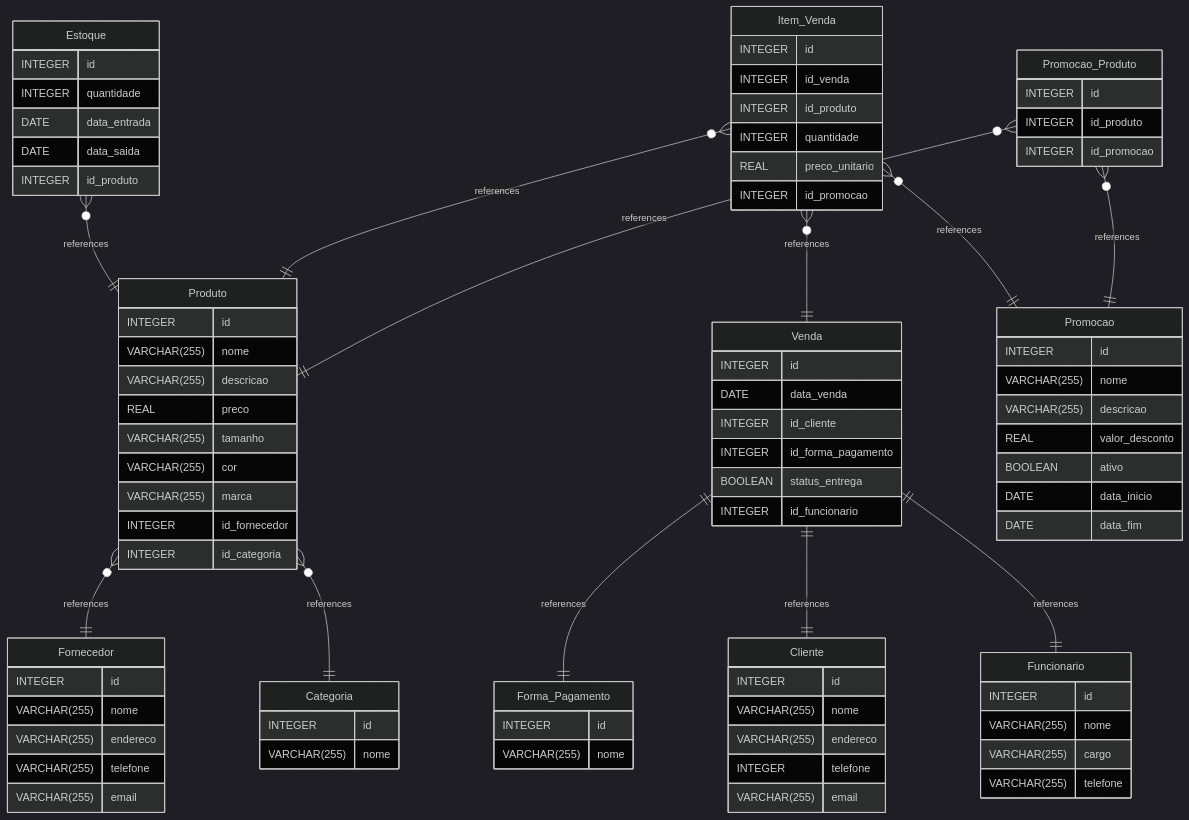
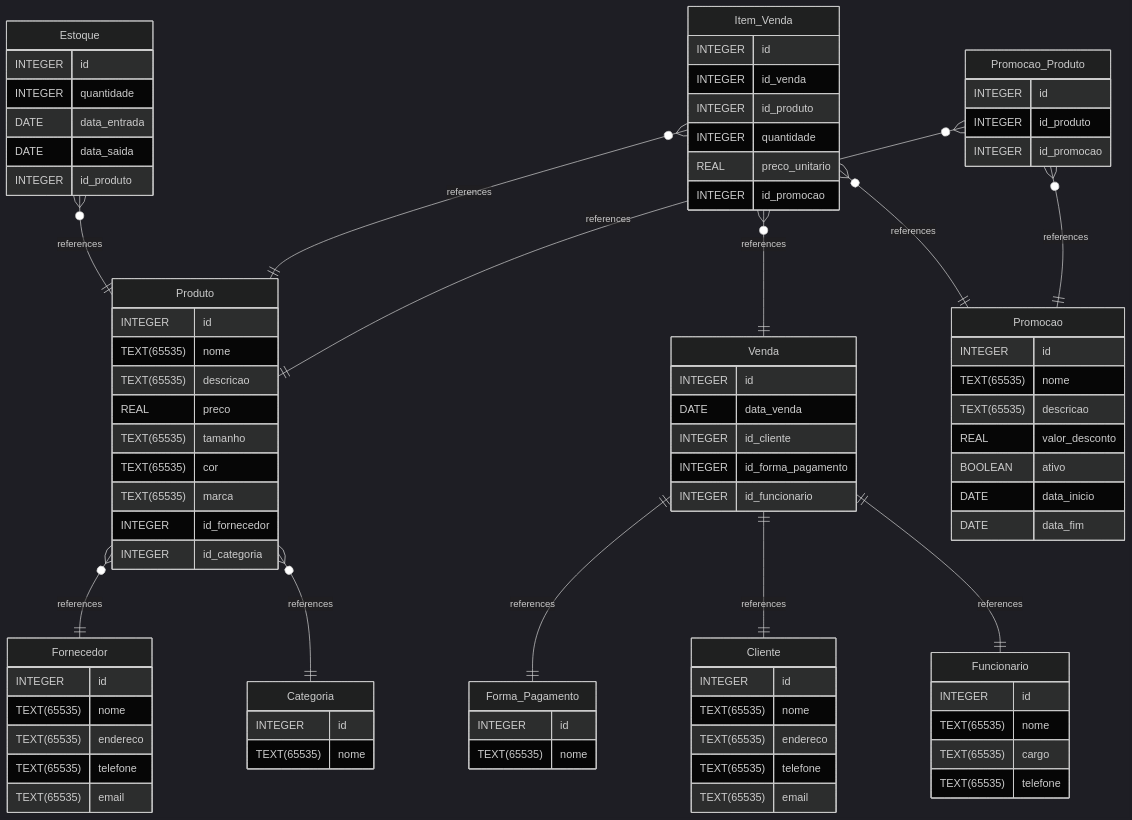
The diagram in BD_ProjetoTrio_P1/README.md (Kacaii/senac-databank-02), drawn with Mermaid (dark theme) before and after one commit.

Commit message:
update sqlite diagram

````diff
--- a/BD_ProjetoTrio_P1/README.md
+++ b/BD_ProjetoTrio_P1/README.md
@@ -83,27 +83,27 @@
 
  Produto {
   INTEGER id
-  VARCHAR(255) nome
-  VARCHAR(255) descricao
+  TEXT(65535) nome
+  TEXT(65535) descricao
   REAL preco
-  VARCHAR(255) tamanho
-  VARCHAR(255) cor
-  VARCHAR(255) marca
+  TEXT(65535) tamanho
+  TEXT(65535) cor
+  TEXT(65535) marca
   INTEGER id_fornecedor
   INTEGER id_categoria
  }
 
  Fornecedor {
   INTEGER id
-  VARCHAR(255) nome
-  VARCHAR(255) endereco
-  VARCHAR(255) telefone
-  VARCHAR(255) email
+  TEXT(65535) nome
+  TEXT(65535) endereco
+  TEXT(65535) telefone
+  TEXT(65535) email
  }
 
  Categoria {
   INTEGER id
-  VARCHAR(255) nome
+  TEXT(65535) nome
  }
 
  Estoque {
@@ -119,34 +119,33 @@
   DATE data_venda
   INTEGER id_cliente
   INTEGER id_forma_pagamento
-  BOOLEAN status_entrega
   INTEGER id_funcionario
  }
 
  Forma_Pagamento {
   INTEGER id
-  VARCHAR(255) nome
+  TEXT(65535) nome
  }
 
  Cliente {
   INTEGER id
-  VARCHAR(255) nome
-  VARCHAR(255) endereco
-  INTEGER telefone
-  VARCHAR(255) email
+  TEXT(65535) nome
+  TEXT(65535) endereco
+  TEXT(65535) telefone
+  TEXT(65535) email
  }
 
  Funcionario {
   INTEGER id
-  VARCHAR(255) nome
-  VARCHAR(255) cargo
-  VARCHAR(255) telefone
+  TEXT(65535) nome
+  TEXT(65535) cargo
+  TEXT(65535) telefone
  }
 
  Promocao {
   INTEGER id
-  VARCHAR(255) nome
-  VARCHAR(255) descricao
+  TEXT(65535) nome
+  TEXT(65535) descricao
   REAL valor_desconto
   BOOLEAN ativo
   DATE data_inicio
@@ -167,4 +166,5 @@
   INTEGER id_produto
   INTEGER id_promocao
  }
+
 ```
````
